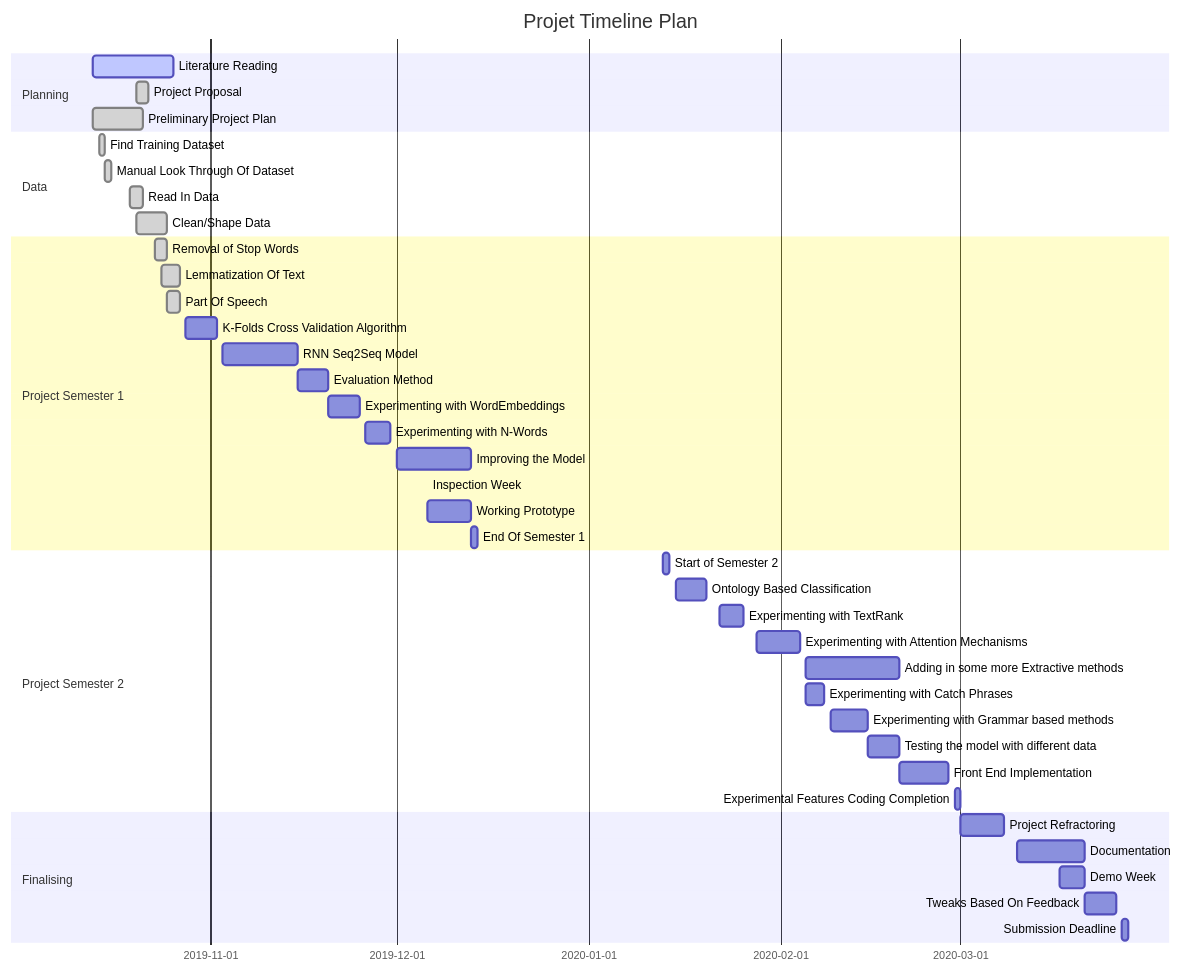
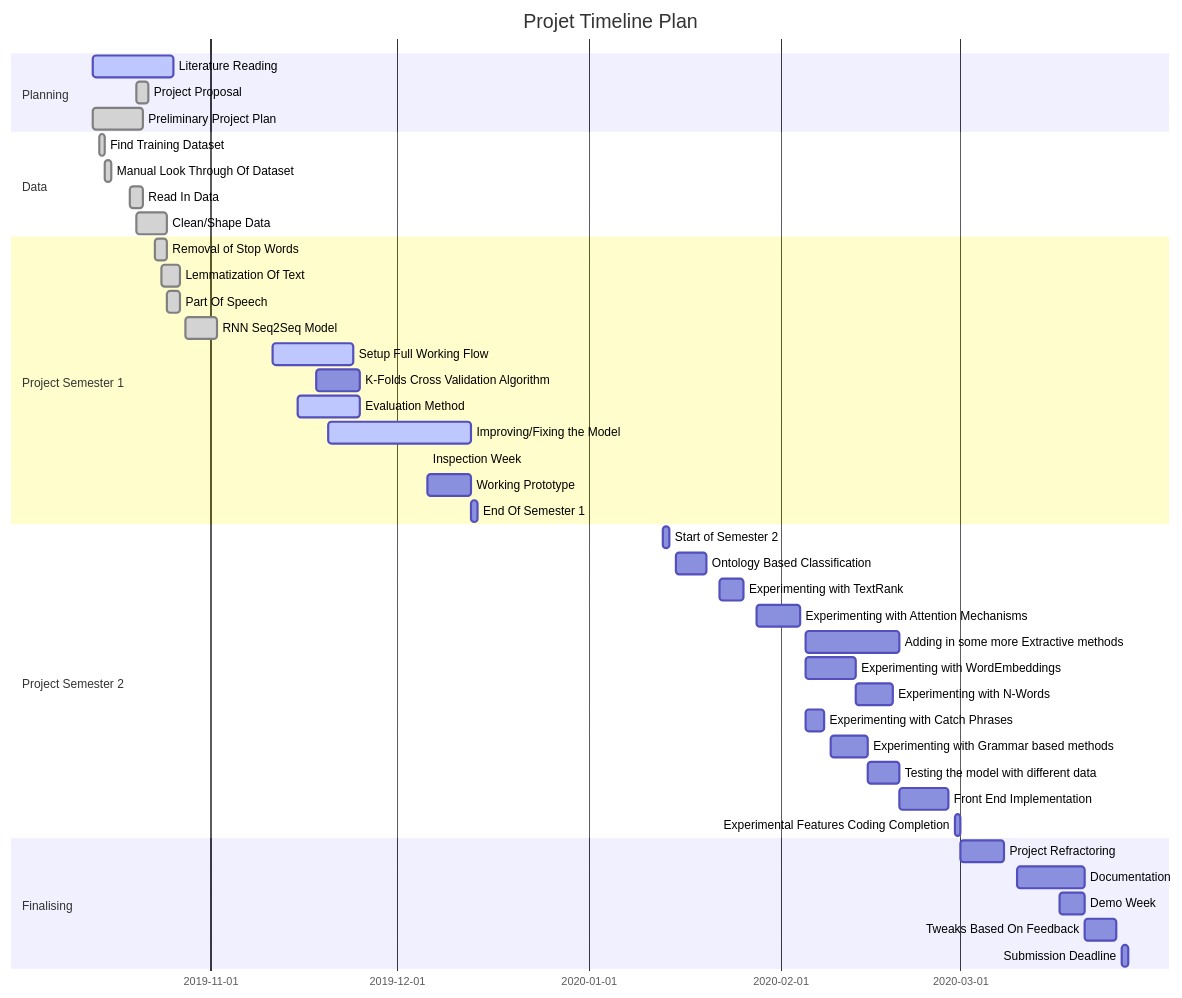
Before and after one commit to bmistry12/text-summarisation: the diagram in README.md, drawn with Mermaid. The commit also changed other lines of this file and 6 other files, not shown here.

Commit message:
merging feature/neural-network - full model setup complete

````diff
--- a/README.md
+++ b/README.md
@@ -34,50 +34,51 @@
 ```mermaid
 gantt
 dateFormat  YYYY-MM-DD
 title Projet Timeline Plan
 
 
 section Planning
 Literature Reading                      :active,  des1, 2019-10-13, 2019-10-26
 Project Proposal                        :done,    des1, 2019-10-20, 2019-10-22
 Preliminary Project Plan                :done,    des1, 2019-10-13, 2019-10-21
 
 section Data                  
 Find Training Dataset                   :done,    des1, 2019-10-14, 2019-10-15
 Manual Look Through Of Dataset          :done,    des1, 2019-10-15, 2019-10-16
 Read In Data                            :done,    des1, 2019-10-19, 2019-10-21
 Clean/Shape Data                        :done,   des1, 2019-10-20, 2019-10-25
 
 section Project Semester 1
 Removal of Stop Words                   :done,    des1, 2019-10-23, 2019-10-25
 Lemmatization Of Text                   :done,    des1, 2019-10-24, 2019-10-27
 Part Of Speech                          :done,    des1, 2019-10-25, 2019-10-27
-K-Folds Cross Validation Algorithm      :         des1, 2019-10-28, 2019-11-02
-RNN Seq2Seq Model                       :         des1, 2019-11-03, 2019-11-15
-Evaluation Method                       :         des1, 2019-11-15, 2019-11-20
-Experimenting with WordEmbeddings       :         des1, 2019-11-20, 2019-11-25
-Experimenting with N-Words              :         des1, 2019-11-26, 2019-11-30
-Improving the Model                     :         des1, 2019-12-01, 2019-12-13
+RNN Seq2Seq Model                       :done,    des1, 2019-10-28, 2019-11-02
+Setup Full Working Flow                 :active,  des1, 2019-11-11, 2019-11-24
+K-Folds Cross Validation Algorithm      :         des1, 2019-11-18, 2019-11-25
+Evaluation Method                       :active,  des1, 2019-11-15, 2019-11-25
+Improving/Fixing the Model              :active,  des1, 2019-11-20, 2019-12-13
 Inspection Week                         :         des1, 2019-12-13, 2019-12-06
 Working Prototype                       :         des1, 2019-12-06, 2019-12-13
 End Of Semester 1                       :         des1, 2019-12-13, 1d
 
 section Project Semester 2
 Start of Semester 2                     :         des1, 2020-01-13, 1d
 Ontology Based Classification           :         des1, 2020-01-15, 2020-01-20
 Experimenting with TextRank             :         des1, 2020-01-22, 2020-01-26
 Experimenting with Attention Mechanisms :         des1, 2020-01-28, 2020-02-04
 Adding in some more Extractive methods  :         des1, 2020-02-05, 2020-02-20
+Experimenting with WordEmbeddings       :         des1, 2020-02-05, 2020-02-13
+Experimenting with N-Words              :         des1, 2020-02-13, 2020-02-19
 Experimenting with Catch Phrases        :         des1, 2020-02-05, 2020-02-08
 Experimenting with Grammar based methods:         des1, 2020-02-09, 2020-02-15
 Testing the model with different data   :         des1, 2020-02-15, 2020-02-20 
 Front End Implementation                :         des1, 2020-02-20, 2020-02-28
 Experimental Features Coding Completion :         des1, 2020-02-29, 1d
 
 Section Finalising
 Project Refractoring                    :         des1, 2020-03-01, 2020-03-08
 Documentation                           :         des1, 2020-03-10, 2020-03-21
 Demo Week                               :         des1, 2020-03-17, 2020-03-21
 Tweaks Based On Feedback                :         des1, 2020-03-21, 2020-03-26
 Submission Deadline                     :         des1, 2020-03-27, 1d
 ```
````
